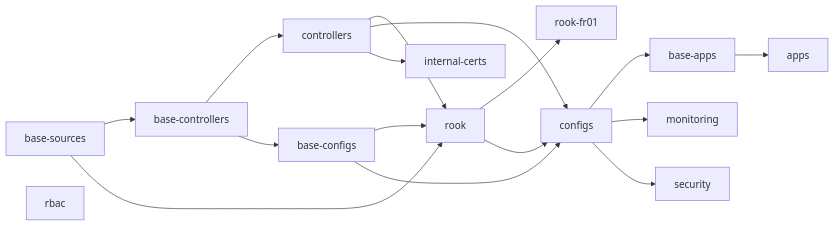
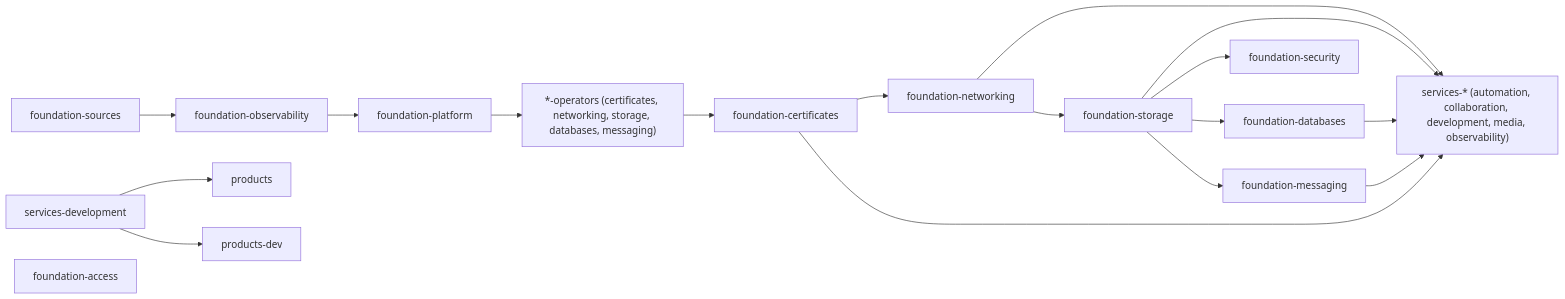
The diagram in README.md (OneLiteFeatherNET/Kubernetes-FLUX), drawn with Mermaid before and after one commit. The commit also changed other lines of this file and 42 other files, not shown here.

````diff
--- a/README.md
+++ b/README.md
@@ -38,14 +38,10 @@
 ```mermaid
 graph LR
-  base-sources --> base-controllers
-  base-controllers --> controllers
-  base-controllers --> base-configs
-  base-sources & base-configs & controllers --> rook
-  rook --> rook-fr01
-  base-configs & controllers & rook --> configs
-  controllers --> internal-certs
-  configs --> base-apps --> apps
-  configs --> monitoring
-  configs --> security
-  rbac
+  foundation-sources --> foundation-observability --> foundation-platform
+  foundation-platform --> operators["*-operators (certificates, networking, storage, databases, messaging)"]
+  operators --> foundation-certificates --> foundation-networking --> foundation-storage
+  foundation-storage --> foundation-databases & foundation-messaging & foundation-security
+  foundation-networking & foundation-storage & foundation-databases & foundation-messaging & foundation-certificates --> services["services-* (automation, collaboration, development, media, observability)"]
+  services-development --> products & products-dev
+  foundation-access
 ```
````
